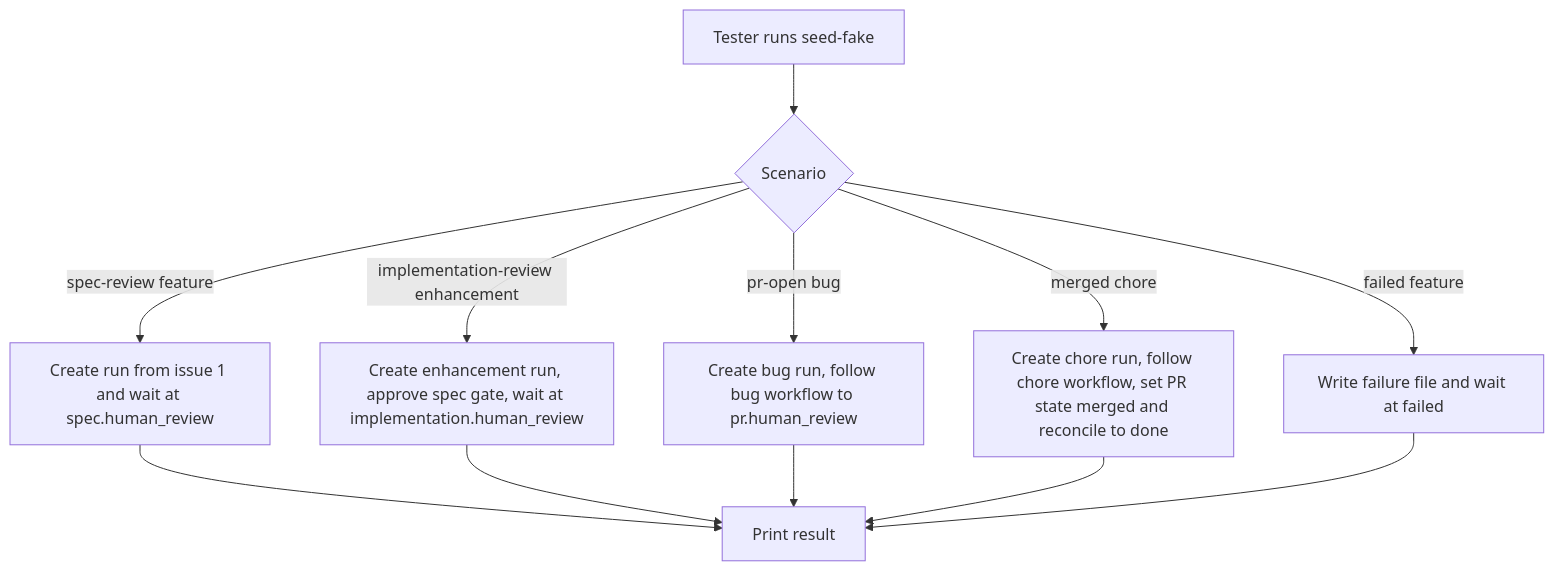
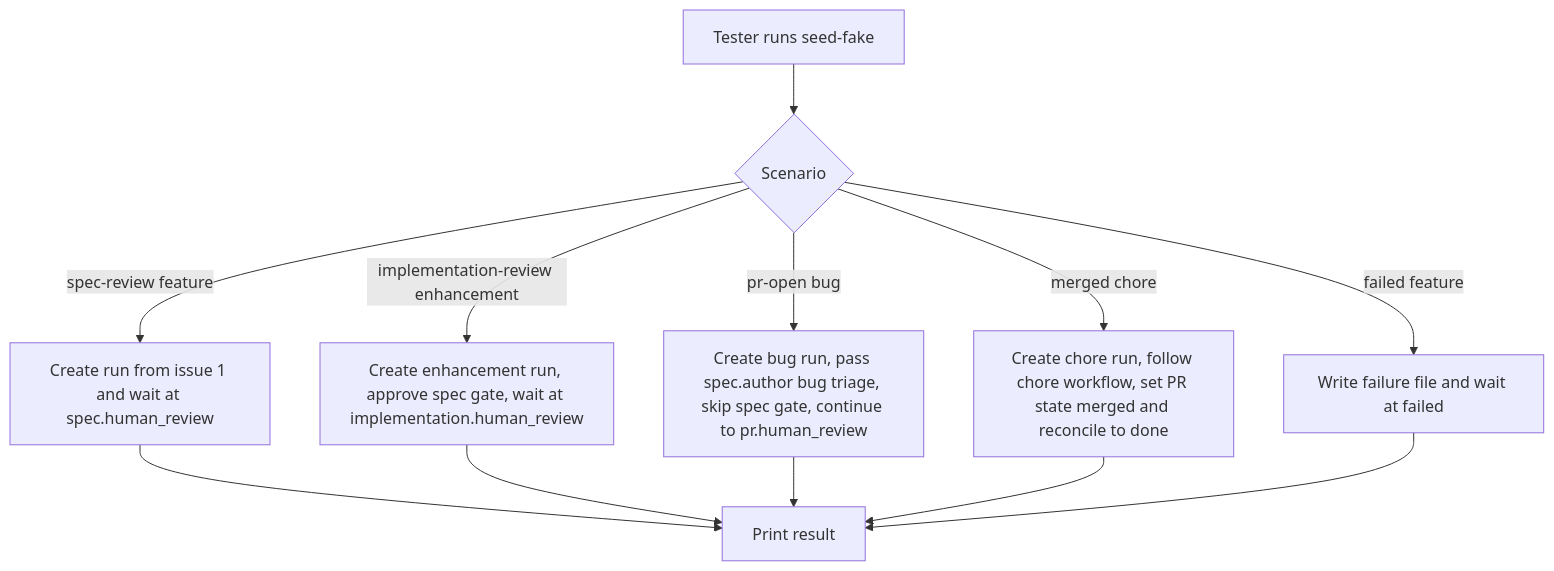
One commit to markdstafford/autocatalyst changed the second of 2 diagrams in context-human/specs/feature-scripted-fake-mode-seed-command.md. Above: the diagram before and after it, drawn with Mermaid. The commit also changed other lines of this file, not shown here.

Commit message:
docs: revise feature spec scripted-fake-mode-seed-command

````diff
--- a/context-human/specs/feature-scripted-fake-mode-seed-command.md
+++ b/context-human/specs/feature-scripted-fake-mode-seed-command.md
@@ -87,14 +87,14 @@
 ```mermaid
 graph TD
     A[Tester runs seed-fake] --> B{Scenario}
     B -->|spec-review feature| C[Create run from issue 1 and wait at spec.human_review]
     B -->|implementation-review enhancement| D[Create enhancement run, approve spec gate, wait at implementation.human_review]
-    B -->|pr-open bug| E[Create bug run, follow bug workflow to pr.human_review]
+    B -->|pr-open bug| E[Create bug run, pass spec.author bug triage, skip spec gate, continue to pr.human_review]
     B -->|merged chore| F[Create chore run, follow chore workflow, set PR state merged and reconcile to done]
     B -->|failed feature| G[Write failure file and wait at failed]
     C --> H[Print result]
     D --> H
     E --> H
     F --> H
     G --> H
 ```
````
